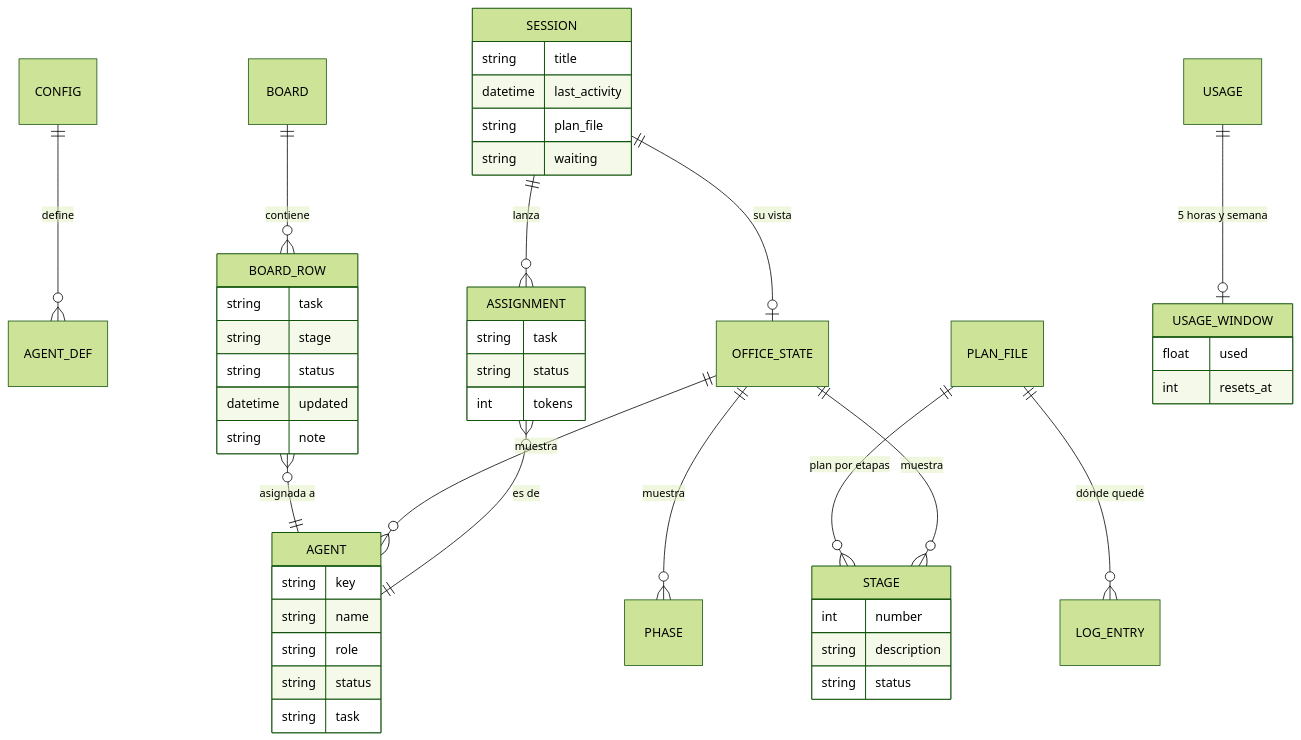
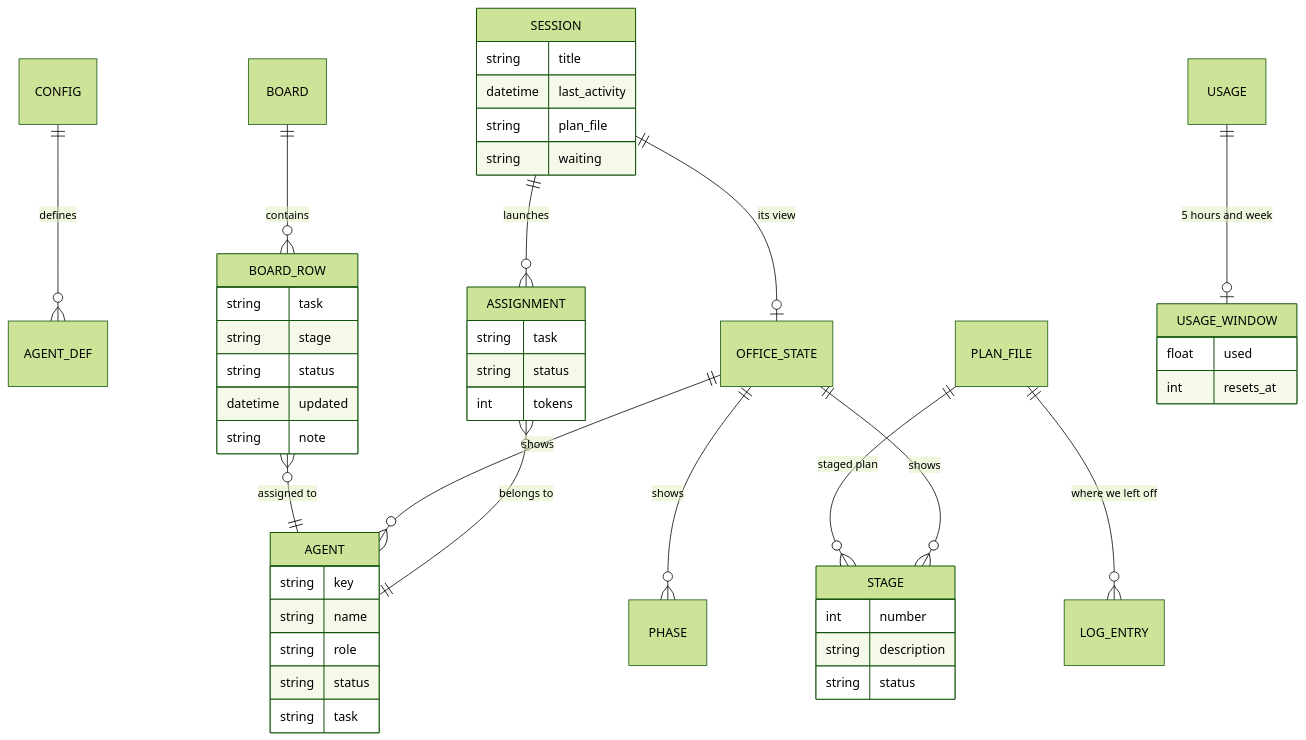
Before and after one commit to nathaliascode/agents-office: the first of 3 diagrams in README.md, drawn with Mermaid (forest theme). The commit also changed other lines of this file and 2 other files, not shown here.

````diff
--- a/README.md
+++ b/README.md
@@ -39,50 +40,50 @@
 ```mermaid
 erDiagram
-    CONFIG ||--o{ AGENT_DEF : define
-    BOARD ||--o{ BOARD_ROW : contiene
-    BOARD_ROW }o--|| AGENT : "asignada a"
-    PLAN_FILE ||--o{ STAGE : "plan por etapas"
-    PLAN_FILE ||--o{ LOG_ENTRY : "dónde quedé"
-    OFFICE_STATE ||--o{ AGENT : muestra
-    OFFICE_STATE ||--o{ PHASE : muestra
-    OFFICE_STATE ||--o{ STAGE : muestra
-    SESSION ||--o{ ASSIGNMENT : lanza
-    ASSIGNMENT }o--|| AGENT : "es de"
-    SESSION ||--o| OFFICE_STATE : "su vista"
-    USAGE ||--o| USAGE_WINDOW : "5 horas y semana"
+    CONFIG ||--o{ AGENT_DEF : defines
+    BOARD ||--o{ BOARD_ROW : contains
+    BOARD_ROW }o--|| AGENT : "assigned to"
+    PLAN_FILE ||--o{ STAGE : "staged plan"
+    PLAN_FILE ||--o{ LOG_ENTRY : "where we left off"
+    OFFICE_STATE ||--o{ AGENT : shows
+    OFFICE_STATE ||--o{ PHASE : shows
+    OFFICE_STATE ||--o{ STAGE : shows
+    SESSION ||--o{ ASSIGNMENT : launches
+    ASSIGNMENT }o--|| AGENT : "belongs to"
+    SESSION ||--o| OFFICE_STATE : "its view"
+    USAGE ||--o| USAGE_WINDOW : "5 hours and week"
 
     AGENT {
         string key
         string name
         string role
         string status
         string task
     }
     BOARD_ROW {
         string task
         string stage
         string status
         datetime updated
         string note
     }
     STAGE {
         int number
         string description
         string status
     }
     SESSION {
         string title
         datetime last_activity
         string plan_file
         string waiting
     }
     ASSIGNMENT {
         string task
         string status
         int tokens
     }
     USAGE_WINDOW {
         float used
         int resets_at
     }
 ```
````
